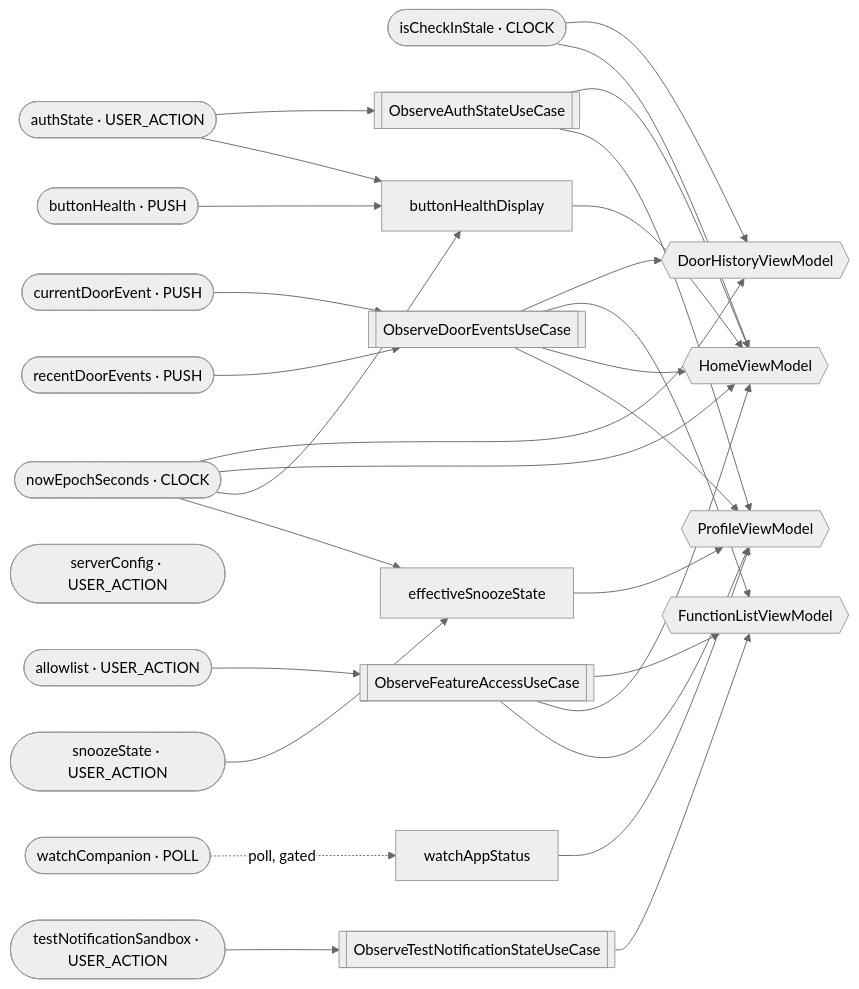
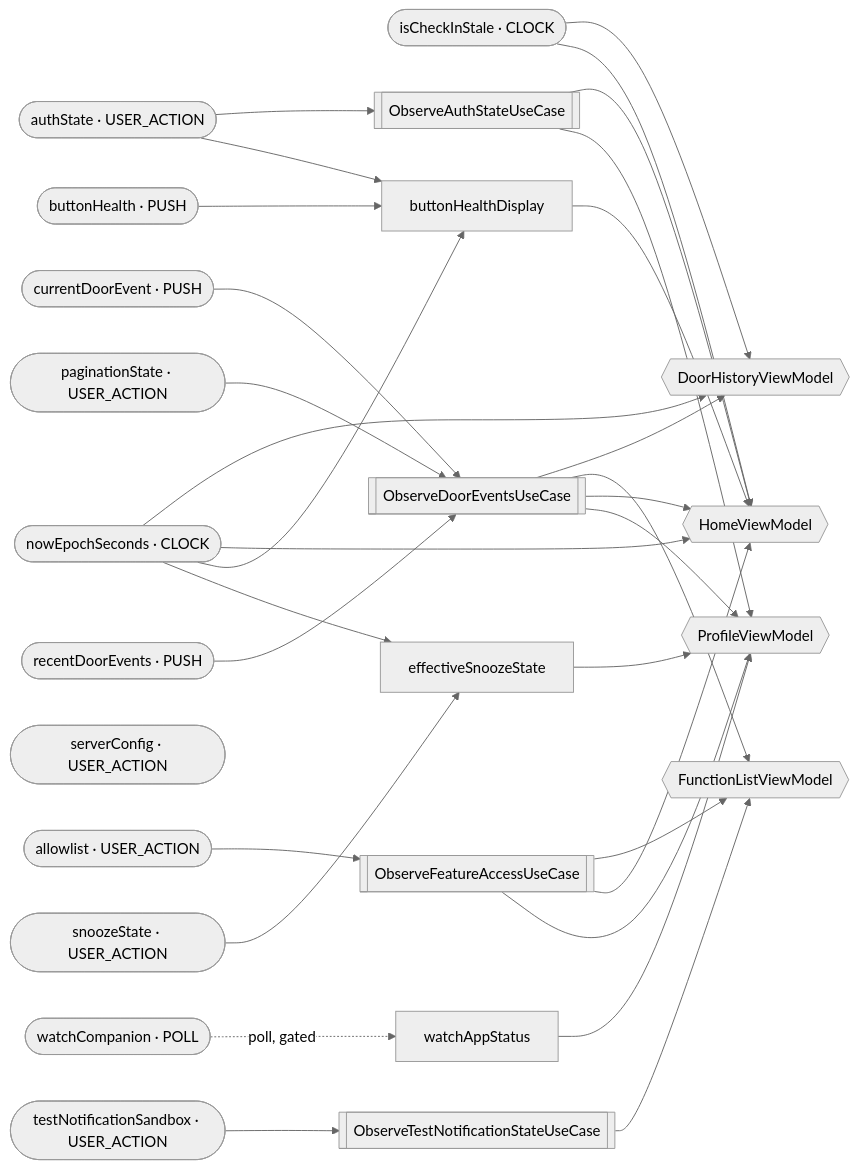
The diagram in MobileGarage/docs/DATA_GRAPH.md (cartland/SmartGarageDoor), drawn with Mermaid (neutral theme) before and after one commit. The commit also changed other lines of this file and 11 other files, not shown here.

````diff
--- a/MobileGarage/docs/DATA_GRAPH.md
+++ b/MobileGarage/docs/DATA_GRAPH.md
@@ -28,53 +29,55 @@
 ```mermaid
 graph LR
     authState(["authState · USER_ACTION"])
     currentDoorEvent(["currentDoorEvent · PUSH"])
     recentDoorEvents(["recentDoorEvents · PUSH"])
+    paginationState(["paginationState · USER_ACTION"])
     buttonHealth(["buttonHealth · PUSH"])
     snoozeState(["snoozeState · USER_ACTION"])
     serverConfig(["serverConfig · USER_ACTION"])
     allowlist(["allowlist · USER_ACTION"])
     testNotificationSandbox(["testNotificationSandbox · USER_ACTION"])
     nowEpochSeconds(["nowEpochSeconds · CLOCK"])
     isCheckInStale(["isCheckInStale · CLOCK"])
     watchCompanion(["watchCompanion · POLL"])
     buttonHealthDisplay["buttonHealthDisplay"]
     effectiveSnoozeState["effectiveSnoozeState"]
     watchAppStatus["watchAppStatus"]
     ObserveAuthStateUseCase[["ObserveAuthStateUseCase"]]
     ObserveDoorEventsUseCase[["ObserveDoorEventsUseCase"]]
     ObserveFeatureAccessUseCase[["ObserveFeatureAccessUseCase"]]
     ObserveTestNotificationStateUseCase[["ObserveTestNotificationStateUseCase"]]
     DoorHistoryViewModel{{"DoorHistoryViewModel"}}
     FunctionListViewModel{{"FunctionListViewModel"}}
     HomeViewModel{{"HomeViewModel"}}
     ProfileViewModel{{"ProfileViewModel"}}
     authState --> ObserveAuthStateUseCase
     ObserveAuthStateUseCase --> HomeViewModel
     ObserveAuthStateUseCase --> ProfileViewModel
     currentDoorEvent --> ObserveDoorEventsUseCase
+    paginationState --> ObserveDoorEventsUseCase
     recentDoorEvents --> ObserveDoorEventsUseCase
     ObserveDoorEventsUseCase --> DoorHistoryViewModel
     ObserveDoorEventsUseCase --> FunctionListViewModel
     ObserveDoorEventsUseCase --> HomeViewModel
     ObserveDoorEventsUseCase --> ProfileViewModel
     allowlist --> ObserveFeatureAccessUseCase
     ObserveFeatureAccessUseCase --> FunctionListViewModel
     ObserveFeatureAccessUseCase --> HomeViewModel
     ObserveFeatureAccessUseCase --> ProfileViewModel
     testNotificationSandbox --> ObserveTestNotificationStateUseCase
     ObserveTestNotificationStateUseCase --> FunctionListViewModel
     isCheckInStale --> DoorHistoryViewModel
     isCheckInStale --> HomeViewModel
     nowEpochSeconds --> DoorHistoryViewModel
     nowEpochSeconds --> HomeViewModel
     authState --> buttonHealthDisplay
     buttonHealth --> buttonHealthDisplay
     nowEpochSeconds --> buttonHealthDisplay
     buttonHealthDisplay --> HomeViewModel
     nowEpochSeconds --> effectiveSnoozeState
     snoozeState --> effectiveSnoozeState
     effectiveSnoozeState --> ProfileViewModel
     watchCompanion -. poll, gated .-> watchAppStatus
     watchAppStatus --> ProfileViewModel
 ```
````
